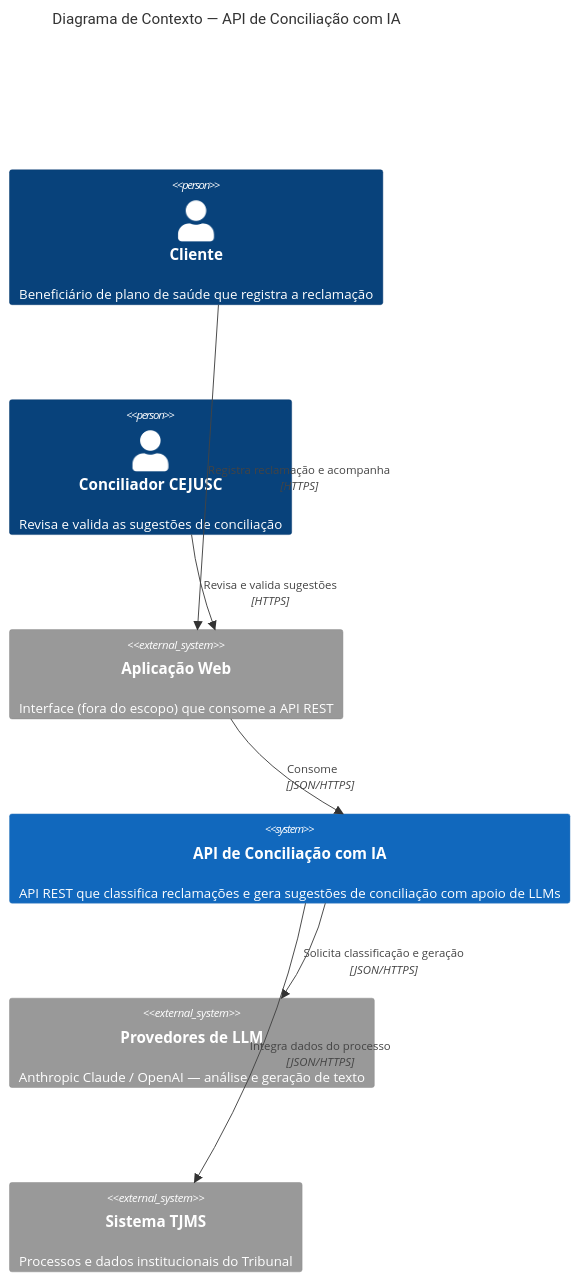
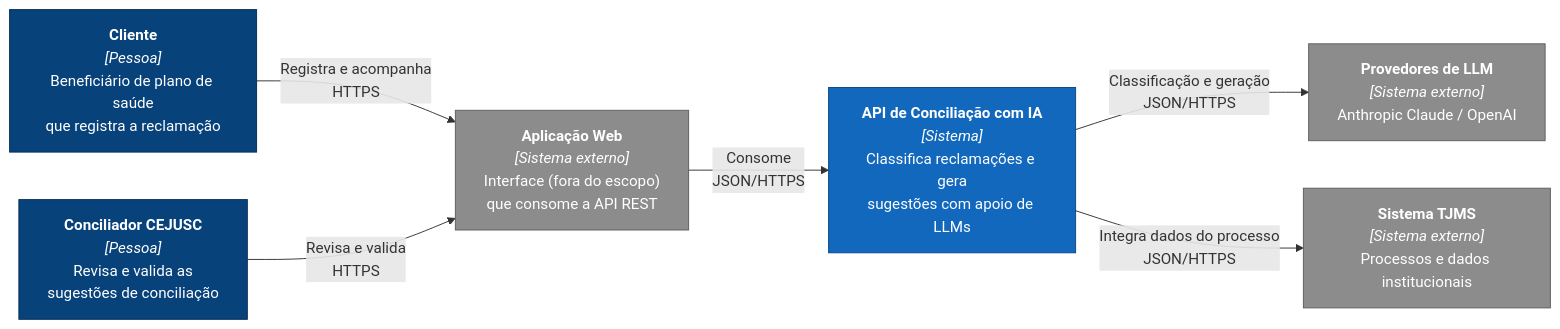
One commit to MacUpr/concilia-ia changed the first of 5 diagrams in docs/arquitetura.md. Above: the diagram before and after it, drawn with Mermaid. The commit also changed other lines of this file, not shown here.

First line of the commit message:
docs: melhora legibilidade dos diagramas (C4 nativo -> flowchart/sequence)

````diff
--- a/docs/arquitetura.md
+++ b/docs/arquitetura.md
@@ -85,20 +87,22 @@
 ```mermaid
-C4Context
-  title Diagrama de Contexto — API de Conciliação com IA
+flowchart LR
+  cliente["<b>Cliente</b><br/><i>[Pessoa]</i><br/>Beneficiário de plano de saúde<br/>que registra a reclamação"]
+  conciliador["<b>Conciliador CEJUSC</b><br/><i>[Pessoa]</i><br/>Revisa e valida as<br/>sugestões de conciliação"]
+  frontend["<b>Aplicação Web</b><br/><i>[Sistema externo]</i><br/>Interface (fora do escopo)<br/>que consome a API REST"]
+  api["<b>API de Conciliação com IA</b><br/><i>[Sistema]</i><br/>Classifica reclamações e gera<br/>sugestões com apoio de LLMs"]
+  llm["<b>Provedores de LLM</b><br/><i>[Sistema externo]</i><br/>Anthropic Claude / OpenAI"]
+  tjms["<b>Sistema TJMS</b><br/><i>[Sistema externo]</i><br/>Processos e dados institucionais"]
 
-  Person(cliente, "Cliente", "Beneficiário de plano de saúde que registra a reclamação")
-  Person(conciliador, "Conciliador CEJUSC", "Revisa e valida as sugestões de conciliação")
+  cliente -->|"Registra e acompanha<br/>HTTPS"| frontend
+  conciliador -->|"Revisa e valida<br/>HTTPS"| frontend
+  frontend -->|"Consome<br/>JSON/HTTPS"| api
+  api -->|"Classificação e geração<br/>JSON/HTTPS"| llm
+  api -->|"Integra dados do processo<br/>JSON/HTTPS"| tjms
 
-  System_Ext(frontend, "Aplicação Web", "Interface (fora do escopo) que consome a API REST")
-  System(api, "API de Conciliação com IA", "API REST que classifica reclamações e gera sugestões de conciliação com apoio de LLMs")
-  System_Ext(llm, "Provedores de LLM", "Anthropic Claude / OpenAI — análise e geração de texto")
-  System_Ext(tjms, "Sistema TJMS", "Processos e dados institucionais do Tribunal")
-
-  Rel(cliente, frontend, "Registra reclamação e acompanha", "HTTPS")
-  Rel(conciliador, frontend, "Revisa e valida sugestões", "HTTPS")
-  Rel(frontend, api, "Consome", "JSON/HTTPS")
-  Rel(api, llm, "Solicita classificação e geração", "JSON/HTTPS")
-  Rel(api, tjms, "Integra dados do processo", "JSON/HTTPS")
-
-  UpdateLayoutConfig($c4ShapeInRow="3", $c4BoundaryInRow="1")
+  classDef person fill:#08427b,stroke:#052e56,color:#ffffff
+  classDef system fill:#1168bd,stroke:#0b4884,color:#ffffff
+  classDef external fill:#8c8c8c,stroke:#5e5e5e,color:#ffffff
+  class cliente,conciliador person
+  class api system
+  class frontend,llm,tjms external
 ```
````
